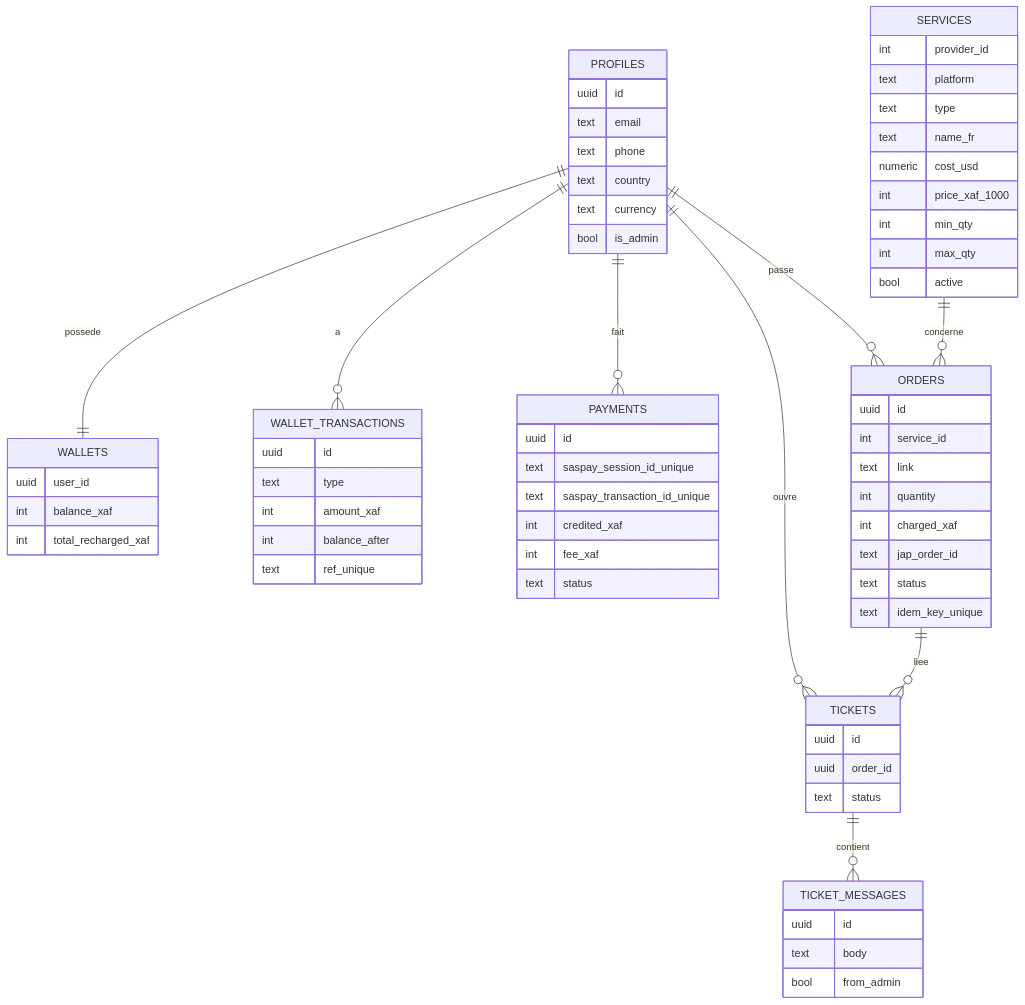
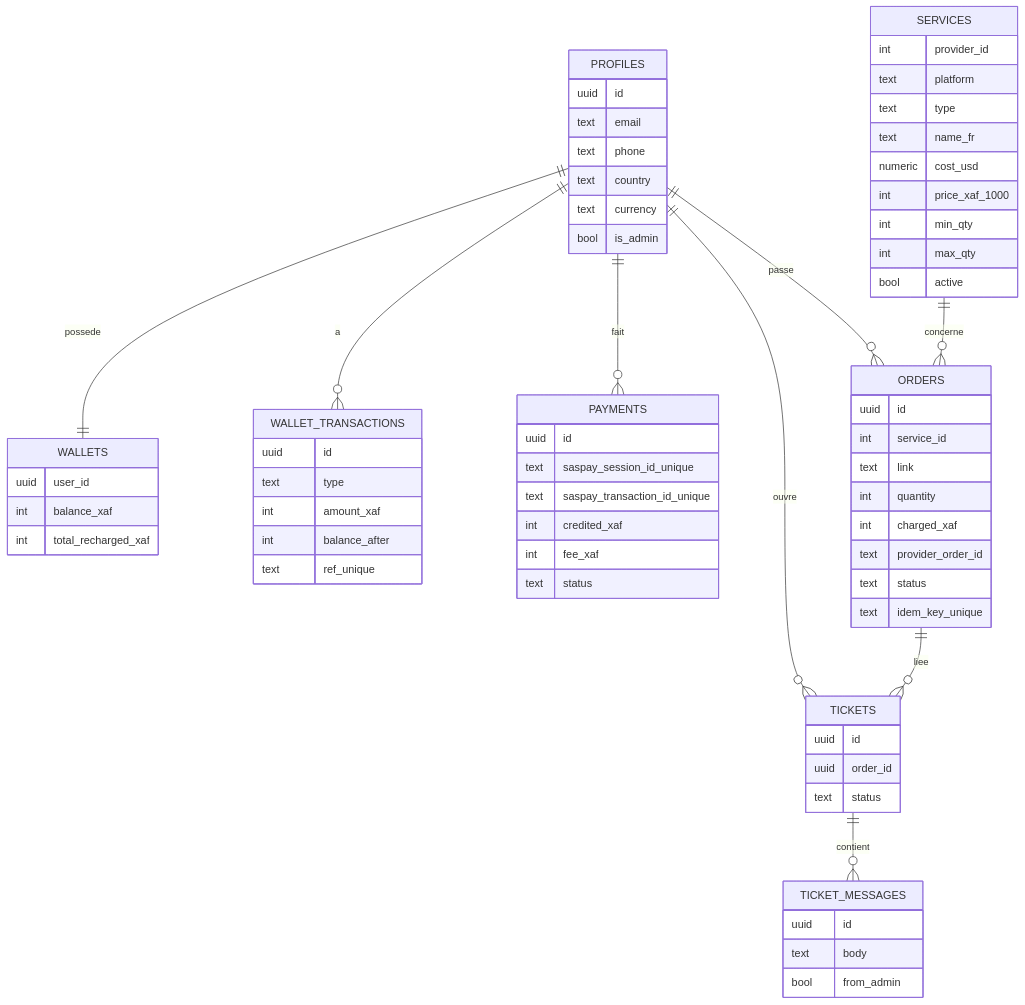
One commit to lyon32/lyonpanel changed diagram 12 of 13 in ARCHITECTURE.md. Above: the diagram before and after it, drawn with Mermaid. The commit also changed 46 other files, not shown here.

````diff
--- a/ARCHITECTURE.md
+++ b/ARCHITECTURE.md
@@ -293,70 +293,70 @@
 ```mermaid
 erDiagram
   PROFILES ||--|| WALLETS : possede
   PROFILES ||--o{ WALLET_TRANSACTIONS : a
   PROFILES ||--o{ PAYMENTS : fait
   PROFILES ||--o{ ORDERS : passe
   PROFILES ||--o{ TICKETS : ouvre
   SERVICES ||--o{ ORDERS : concerne
   ORDERS ||--o{ TICKETS : liee
   TICKETS ||--o{ TICKET_MESSAGES : contient
   PROFILES {
     uuid id
     text email
     text phone
     text country
     text currency
     bool is_admin
   }
   WALLETS {
     uuid user_id
     int balance_xaf
     int total_recharged_xaf
   }
   WALLET_TRANSACTIONS {
     uuid id
     text type
     int amount_xaf
     int balance_after
     text ref_unique
   }
   PAYMENTS {
     uuid id
     text saspay_session_id_unique
     text saspay_transaction_id_unique
     int credited_xaf
     int fee_xaf
     text status
   }
   SERVICES {
     int provider_id
     text platform
     text type
     text name_fr
     numeric cost_usd
     int price_xaf_1000
     int min_qty
     int max_qty
     bool active
   }
   ORDERS {
     uuid id
     int service_id
     text link
     int quantity
     int charged_xaf
-    text jap_order_id
+    text provider_order_id
     text status
     text idem_key_unique
   }
   TICKETS {
     uuid id
     uuid order_id
     text status
   }
   TICKET_MESSAGES {
     uuid id
     text body
     bool from_admin
   }
 ```
````
